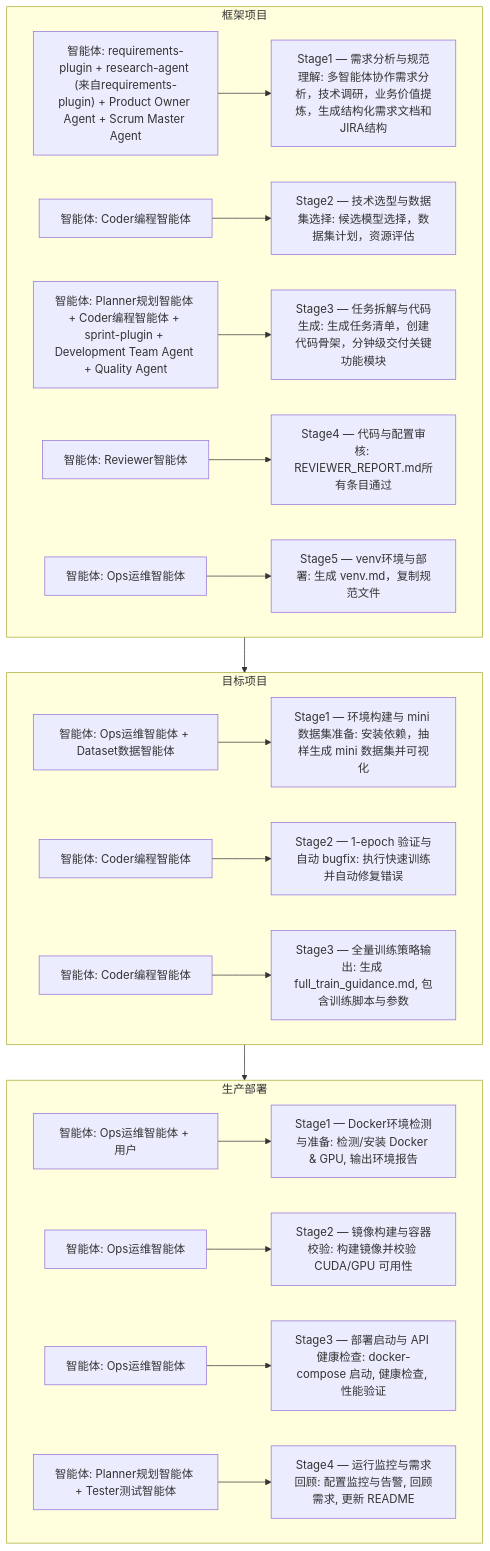
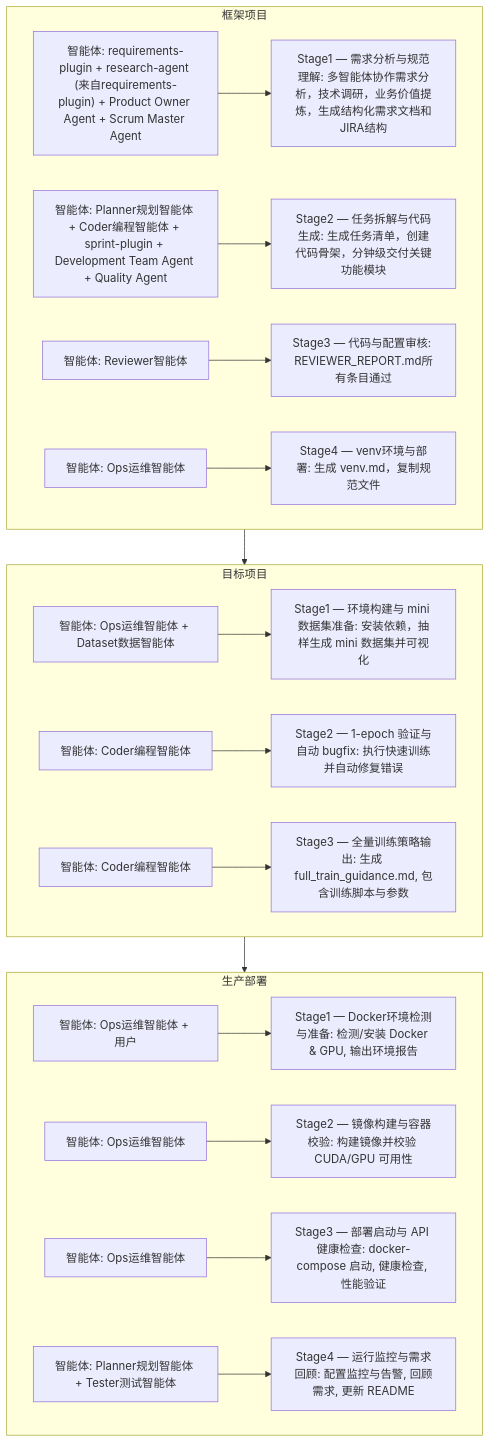
Diagram 15 of 15 in README.md (ouyangshixiong/context-engineering-zh), drawn with Mermaid before and after one commit. The commit also changed other lines of this file and 1 other file, not shown here.

````diff
--- a/README.md
+++ b/README.md
@@ -717,63 +672,60 @@
 ```mermaid
 flowchart TD
 
     %% ================= 框架项目 =================
     subgraph F1["框架项目"]
 
         S1_who["智能体: requirements-plugin + research-agent (来自requirements-plugin) + Product Owner Agent + Scrum Master Agent"]
         S1_desc["Stage1 — 需求分析与规范理解: 多智能体协作需求分析，技术调研，业务价值提炼，生成结构化需求文档和JIRA结构"]
-        S2_who["智能体: Coder编程智能体"]
-        S2_desc["Stage2 — 技术选型与数据集选择: 候选模型选择，数据集计划，资源评估"]
-        S3_who["智能体: Planner规划智能体 + Coder编程智能体 + sprint-plugin + Development Team Agent + Quality Agent"]
-        S3_desc["Stage3 — 任务拆解与代码生成: 生成任务清单，创建代码骨架，分钟级交付关键功能模块"]
-        S4_who["智能体: Reviewer智能体"]
-        S4_desc["Stage4 — 代码与配置审核: REVIEWER_REPORT.md所有条目通过"]
-        S41_who["智能体: Ops运维智能体"]
-        S41_desc["Stage5 — venv环境与部署: 生成 venv.md，复制规范文件"]
+        S2_who["智能体: Planner规划智能体 + Coder编程智能体 + sprint-plugin + Development Team Agent + Quality Agent"]
+        S2_desc["Stage2 — 任务拆解与代码生成: 生成任务清单，创建代码骨架，分钟级交付关键功能模块"]
+        S3_who["智能体: Reviewer智能体"]
+        S3_desc["Stage3 — 代码与配置审核: REVIEWER_REPORT.md所有条目通过"]
+        S4_who["智能体: Ops运维智能体"]
+        S4_desc["Stage4 — venv环境与部署: 生成 venv.md，复制规范文件"]
 
         S1_who --> S1_desc
         S2_who --> S2_desc
         S3_who --> S3_desc
         S4_who --> S4_desc
-        S41_who --> S41_desc
 
     end
 
     %% ================= 目标项目 =================
     subgraph F2["目标项目"]
 
         S6_who["智能体: Ops运维智能体 + Dataset数据智能体"]
         S6_desc["Stage1 — 环境构建与 mini 数据集准备: 安装依赖，抽样生成 mini 数据集并可视化"]
         S7_who["智能体: Coder编程智能体"]
         S7_desc["Stage2 — 1-epoch 验证与自动 bugfix: 执行快速训练并自动修复错误"]
         S8_who["智能体: Coder编程智能体"]
         S8_desc["Stage3 — 全量训练策略输出: 生成 full_train_guidance.md, 包含训练脚本与参数"]
 
         S6_who --> S6_desc
         S7_who --> S7_desc
         S8_who --> S8_desc
 
     end
 
     %% ================= 生产部署 =================
     subgraph F3["生产部署"]
 
         S9_who["智能体: Ops运维智能体 + 用户"]
         S9_desc["Stage1 — Docker环境检测与准备: 检测/安装 Docker & GPU, 输出环境报告"]
         S10_who["智能体: Ops运维智能体"]
         S10_desc["Stage2 — 镜像构建与容器校验: 构建镜像并校验 CUDA/GPU 可用性"]
         S11_who["智能体: Ops运维智能体"]
         S11_desc["Stage3 — 部署启动与 API 健康检查: docker-compose 启动, 健康检查, 性能验证"]
         S12_who["智能体: Planner规划智能体 + Tester测试智能体"]
         S12_desc["Stage4 — 运行监控与需求回顾: 配置监控与告警, 回顾需求, 更新 README"]
 
         S9_who --> S9_desc
         S10_who --> S10_desc
         S11_who --> S11_desc
         S12_who --> S12_desc
 
     end
 
     F1 --> F2 --> F3
 
 ```
````
